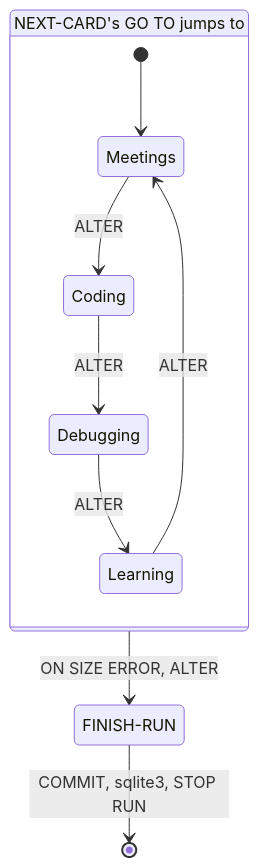
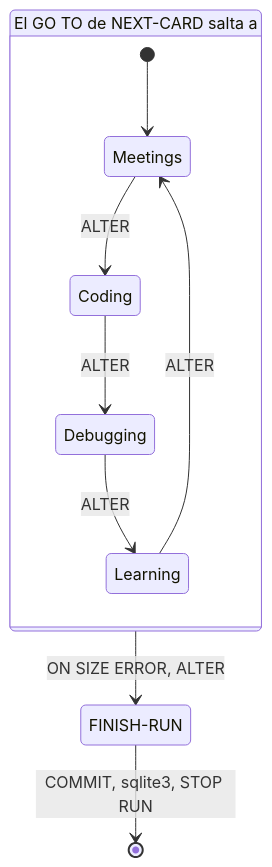
Before and after one commit to dullroar/aprende-a-programar-como-un-bicho-raro: the diagram in src/cobol-weird/README.md, drawn with Mermaid. The commit also changed other lines of this file and 15 other files, not shown here.

Commit message:
loop(P4-src-5): cobol-weird, cobol, ed-weird READMEs translated (170 segments); identifier and verb waivers, heading and digit fixes

````diff
--- a/src/cobol-weird/README.md
+++ b/src/cobol-weird/README.md
@@ -49,19 +49,19 @@
 ```mermaid
 stateDiagram-v2
-    accTitle: cobol-weird: the target of one GO TO is the loop
-    accDescr: A state diagram. The state is the current target of the single GO TO in the NEXT-CARD paragraph. It starts as Meetings. Each category paragraph rewrites it to the next category with ALTER, so the cycle is Meetings, Coding, Debugging, Learning, and back to Meetings. When the two-digit headroom field overflows, ON SIZE ERROR rewrites the target to FINISH-RUN, which commits the script and stops.
+    accTitle: cobol-weird: el destino de un solo GO TO es el bucle
+    accDescr: Un diagrama de estados. El estado es el destino actual del único GO TO del párrafo NEXT-CARD. Empieza como Meetings. Cada párrafo de categoría lo reescribe con ALTER para apuntar a la categoría siguiente, así que el ciclo es Meetings, Coding, Debugging, Learning y de nuevo Meetings. Cuando el campo de margen de dos dígitos se desborda, ON SIZE ERROR reescribe el destino a FINISH-RUN, que hace la confirmación de la transacción del script y se detiene.
     state "Meetings" as M
     state "Coding" as C
     state "Debugging" as D
     state "Learning" as L
     state "FINISH-RUN" as F
-    state "NEXT-CARD's GO TO jumps to" as T {
+    state "El GO TO de NEXT-CARD salta a" as T {
         [*] --> M
         M --> C : ALTER
         C --> D : ALTER
         D --> L : ALTER
         L --> M : ALTER
     }
     T --> F : ON SIZE ERROR, ALTER
     F --> [*] : COMMIT, sqlite3, STOP RUN
 ```
````
